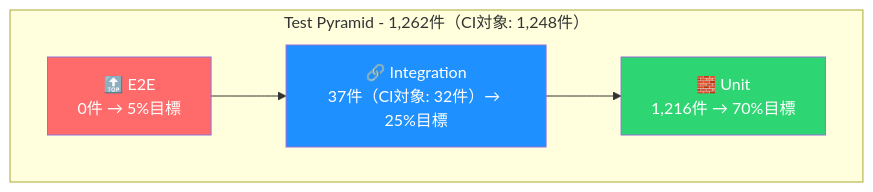
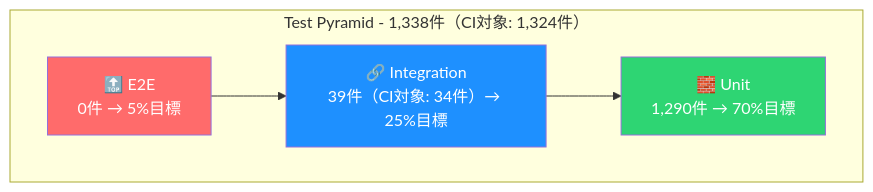
One commit to yaoki-dev/api-test-devops-portfolio changed the second of 3 diagrams in README.md. Above: the diagram before and after it, drawn with Mermaid. The commit also changed other lines of this file and 6 other files, not shown here.

````diff
--- a/README.md
+++ b/README.md
@@ -305,13 +305,13 @@
 ```mermaid
 graph TB
-    subgraph "Test Pyramid - 1,262件（CI対象: 1,248件）"
+    subgraph "Test Pyramid - 1,338件（CI対象: 1,324件）"
         E2E["🔝 E2E<br/>0件 → 5%目標"]
-        Integration["🔗 Integration<br/>37件（CI対象: 32件）→ 25%目標"]
-        Unit["🧱 Unit<br/>1,216件 → 70%目標"]
+        Integration["🔗 Integration<br/>39件（CI対象: 34件）→ 25%目標"]
+        Unit["🧱 Unit<br/>1,290件 → 70%目標"]
     end
     E2E --> Integration --> Unit
 
     style E2E fill:#ff6b6b,color:#fff
     style Integration fill:#1e90ff,color:#fff
     style Unit fill:#2ed573,color:#fff
 ```
````
